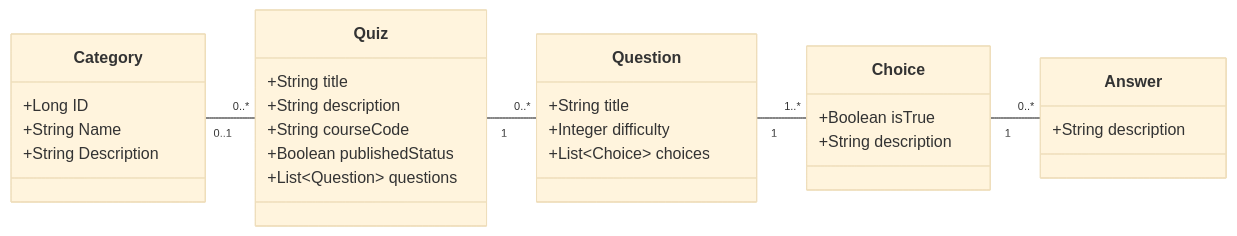
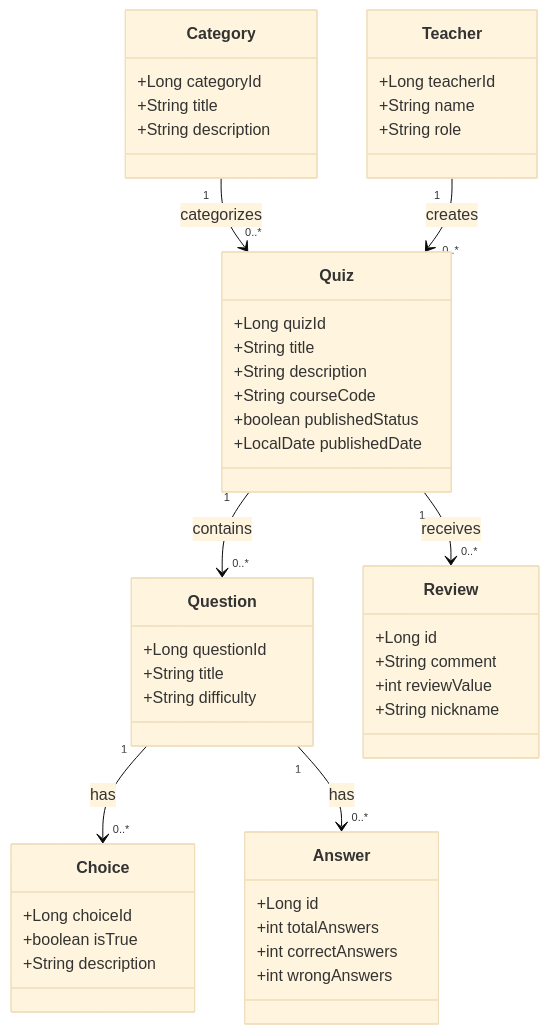
One commit to FullFlip/Quizzer changed the diagram in README.md. Above: the diagram before and after it, drawn with Mermaid (base theme).

````diff
--- a/README.md
+++ b/README.md
@@ -32,39 +32,50 @@
 ```mermaid
 classDiagram
-direction LR
-
-class Category {
-  +Long ID
-  +String Name
-  +String Description
-}
-
-class Quiz {
-  +String title
-  +String description
-  +String courseCode
-  +Boolean publishedStatus
-  +List~Question~ questions
-}
-
-class Question {
-  +String title
-  +Integer difficulty
-  +List~Choice~ choices
-}
-
-class Choice {
-  +Boolean isTrue
-  +String description
-}
 
 class Answer {
-  +String description
-}
-
-Category "0..1" -- "0..*" Quiz
-Quiz     "1"    -- "0..*" Question
-Question "1"    -- "1..*" Choice
-Choice   "1"    -- "0..*" Answer
-
+      +Long id
+      +int totalAnswers
+      +int correctAnswers
+      +int wrongAnswers
+  }
+  class Category {
+      +Long categoryId
+      +String title
+      +String description
+  }
+  class Choice {
+      +Long choiceId
+      +boolean isTrue
+      +String description
+  }
+  class Question {
+      +Long questionId
+      +String title
+      +String difficulty
+  }
+  class Quiz {
+      +Long quizId
+      +String title
+      +String description
+      +String courseCode
+      +boolean publishedStatus
+      +LocalDate publishedDate
+  }
+  class Review {
+      +Long id
+      +String comment
+      +int reviewValue
+      +String nickname
+  }
+  class Teacher {
+      +Long teacherId
+      +String name
+      +String role
+  }
+  Question "1" --> "0..*" Choice : has
+  Question "1" --> "0..*" Answer : has
+  Quiz "1" --> "0..*" Question : contains
+  Category "1" --> "0..*" Quiz : categorizes
+  Teacher "1" --> "0..*" Quiz : creates
+  Quiz "1" --> "0..*" Review : receives
 ```
````
